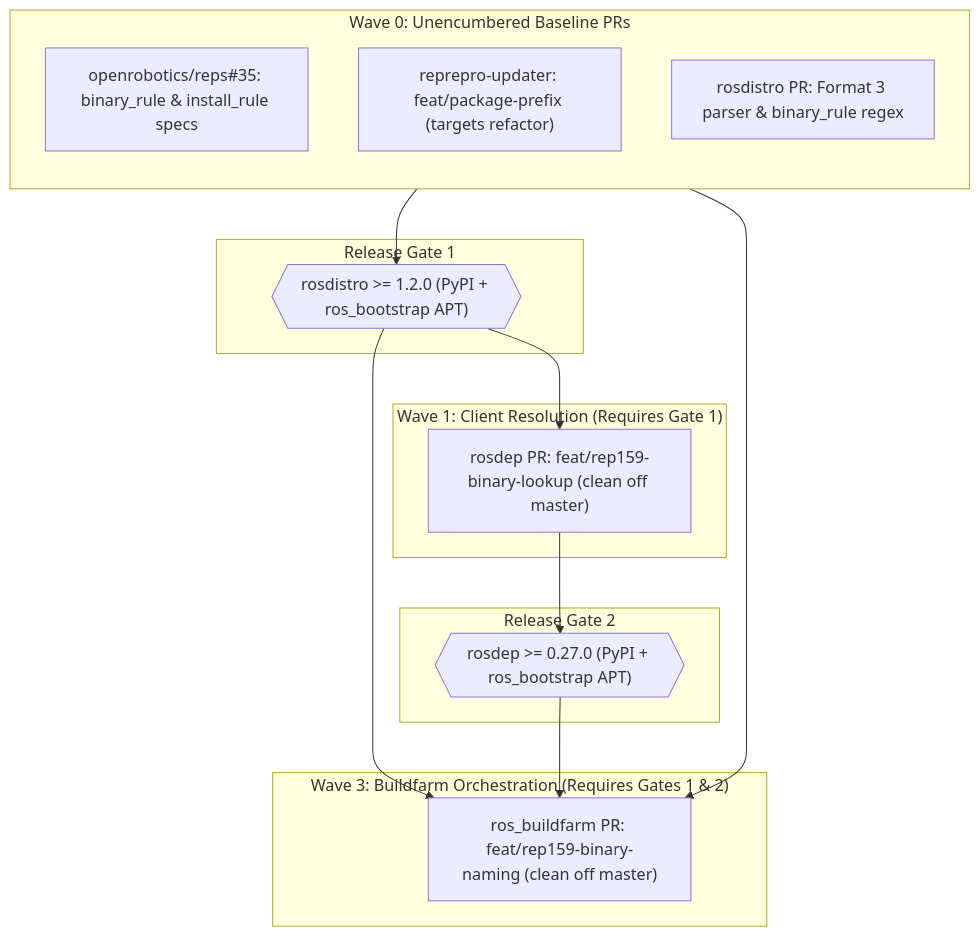
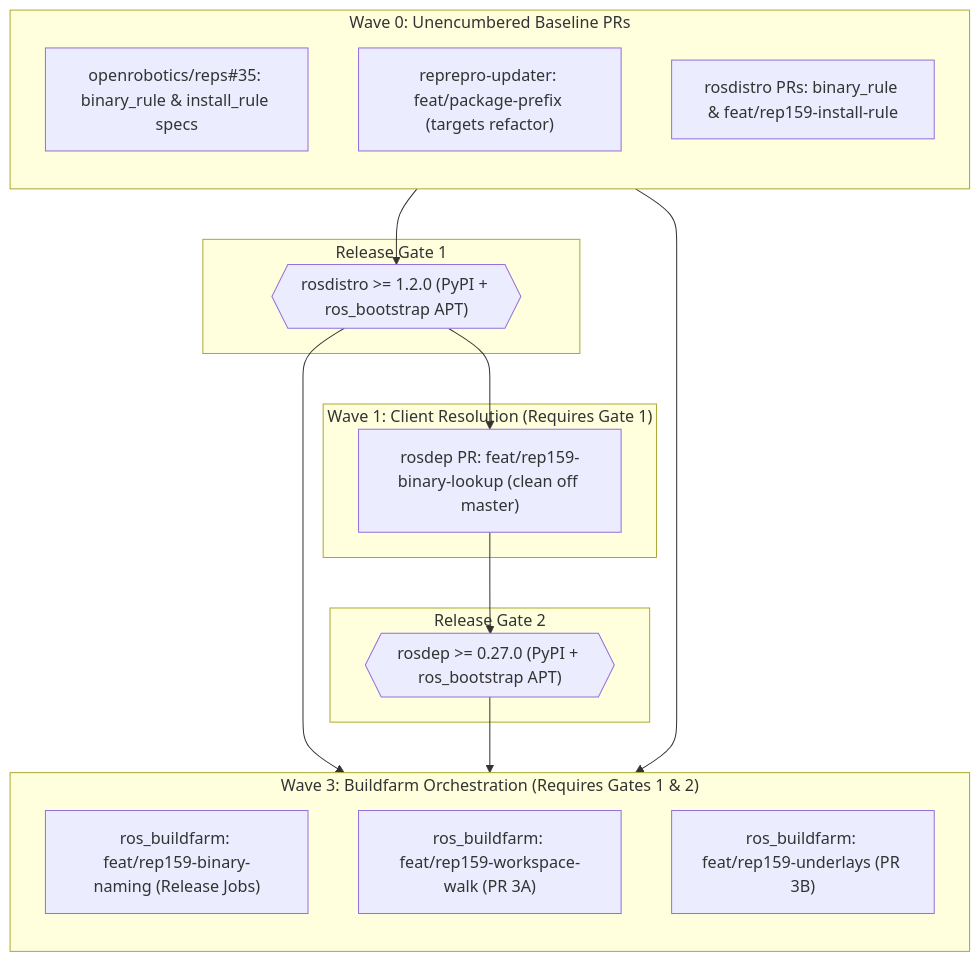
Before and after one commit to KmoM88/rep159-testing: the second of 9 diagrams in TOPOLOGICAL_TESTING_EVIDENCE_GIST.md, drawn with Mermaid. The commit also changed other lines of this file and 3 other files, not shown here.

Commit message:
docs(stage2-3): document clean PR-ready branches feat/rep159-underlays, feat/rep159-workspace-walk, and feat/rep159-install-rule

````diff
--- a/TOPOLOGICAL_TESTING_EVIDENCE_GIST.md
+++ b/TOPOLOGICAL_TESTING_EVIDENCE_GIST.md
@@ -57,31 +57,34 @@
 ```mermaid
 flowchart TD
     subgraph Wave0 ["Wave 0: Unencumbered Baseline PRs"]
         direction TB
         REPS["openrobotics/reps#35: binary_rule & install_rule specs"]
         REPREPRO["reprepro-updater: feat/package-prefix (targets refactor)"]
-        ROSDISTRO["rosdistro PR: Format 3 parser & binary_rule regex"]
+        ROSDISTRO["rosdistro PRs: binary_rule & feat/rep159-install-rule"]
     end
 
     subgraph Gate1 ["Release Gate 1"]
         G1{{"rosdistro >= 1.2.0 (PyPI + ros_bootstrap APT)"}}
     end
 
     subgraph Wave1 ["Wave 1: Client Resolution (Requires Gate 1)"]
         ROSDEP["rosdep PR: feat/rep159-binary-lookup (clean off master)"]
     end
 
     subgraph Gate2 ["Release Gate 2"]
         G2{{"rosdep >= 0.27.0 (PyPI + ros_bootstrap APT)"}}
     end
 
     subgraph Wave3 ["Wave 3: Buildfarm Orchestration (Requires Gates 1 & 2)"]
-        BUILDFARM["ros_buildfarm PR: feat/rep159-binary-naming (clean off master)"]
+        direction TB
+        BF1["ros_buildfarm: feat/rep159-binary-naming (Release Jobs)"]
+        BF2["ros_buildfarm: feat/rep159-workspace-walk (PR 3A)"]
+        BF3["ros_buildfarm: feat/rep159-underlays (PR 3B)"]
     end
 
     ROSDISTRO --> G1
     G1 --> ROSDEP --> G2
-    G1 --> BUILDFARM
-    G2 --> BUILDFARM
-    REPREPRO --> BUILDFARM
+    G1 --> Wave3
+    G2 --> Wave3
+    REPREPRO --> Wave3
 ```
````
